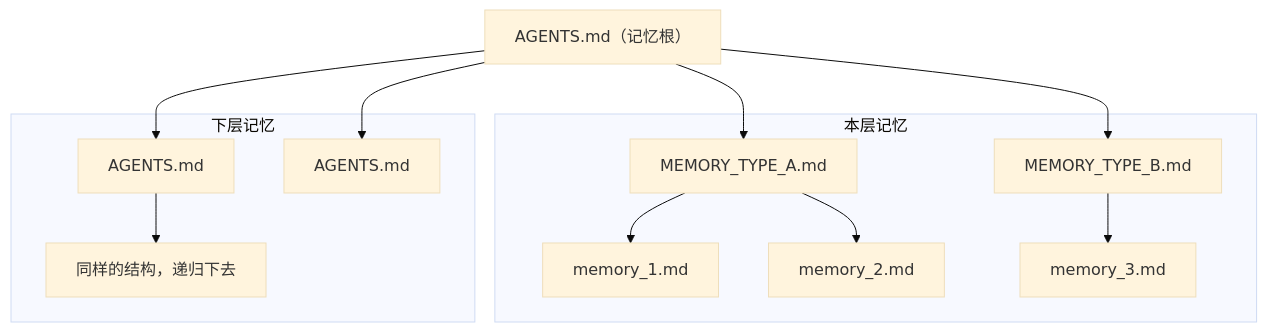
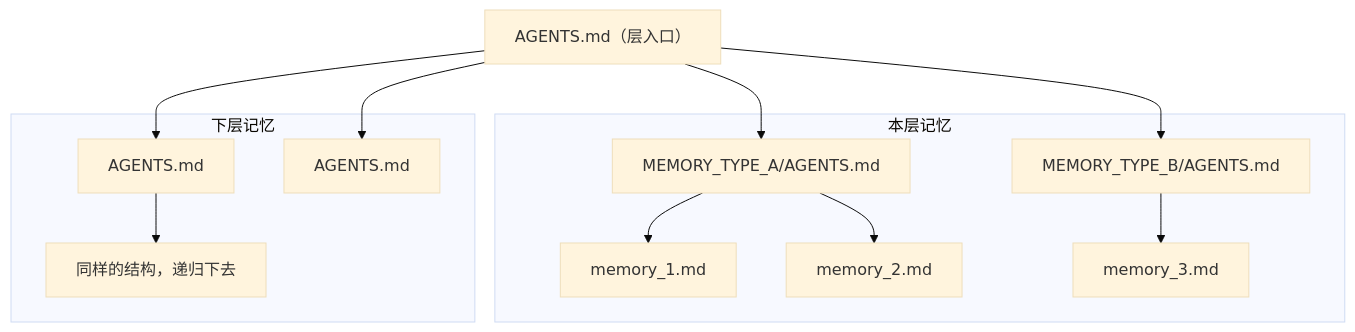
The diagram in extensions/skills/project-memory-init/references/PROTOCOL.md (VirusPC/edges), drawn with Mermaid (base theme) before and after one commit. The commit also changed other lines of this file and 7 other files, not shown here.

First line of the commit message:
docs: type memory indexes as directory AGENTS.md

````diff
--- a/extensions/skills/project-memory-init/references/PROTOCOL.md
+++ b/extensions/skills/project-memory-init/references/PROTOCOL.md
@@ -5,27 +5,27 @@
 ```mermaid
 flowchart TD
-    Root["AGENTS.md（记忆根）"]
+    Root["AGENTS.md（层入口）"]
 
     subgraph localMem [本层记忆]
-        EntryA["MEMORY_TYPE_A.md"]
-        EntryB["MEMORY_TYPE_B.md"]
+        EntryA["MEMORY_TYPE_A/AGENTS.md"]
+        EntryB["MEMORY_TYPE_B/AGENTS.md"]
         MemA1["memory_1.md"]
         MemA2["memory_2.md"]
         MemB1["memory_3.md"]
         EntryA --> MemA1
         EntryA --> MemA2
         EntryB --> MemB1
     end
 
     subgraph children [下层记忆]
         Sub1["AGENTS.md"]
         Sub2["AGENTS.md"]
         Dots["同样的结构，递归下去"]
         Sub1 --> Dots
     end
 
     Root --> EntryA
     Root --> EntryB
     Root --> Sub1
     Root --> Sub2
 ```
````
